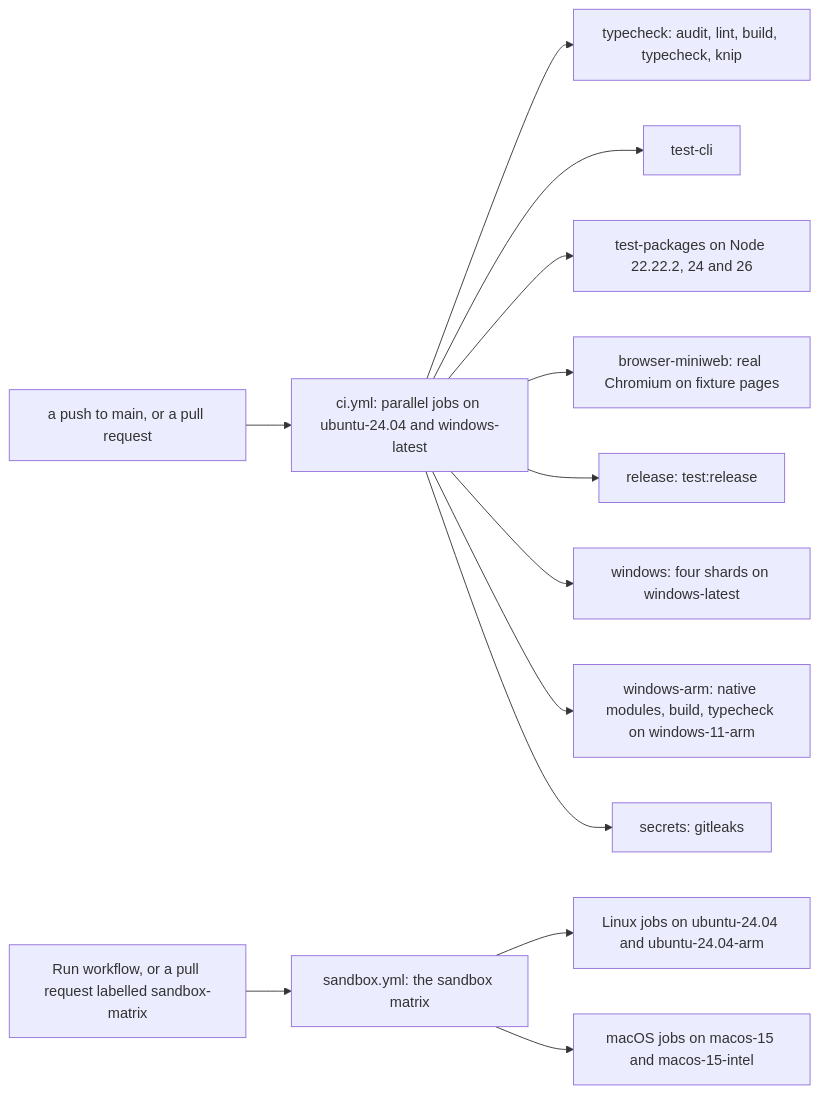
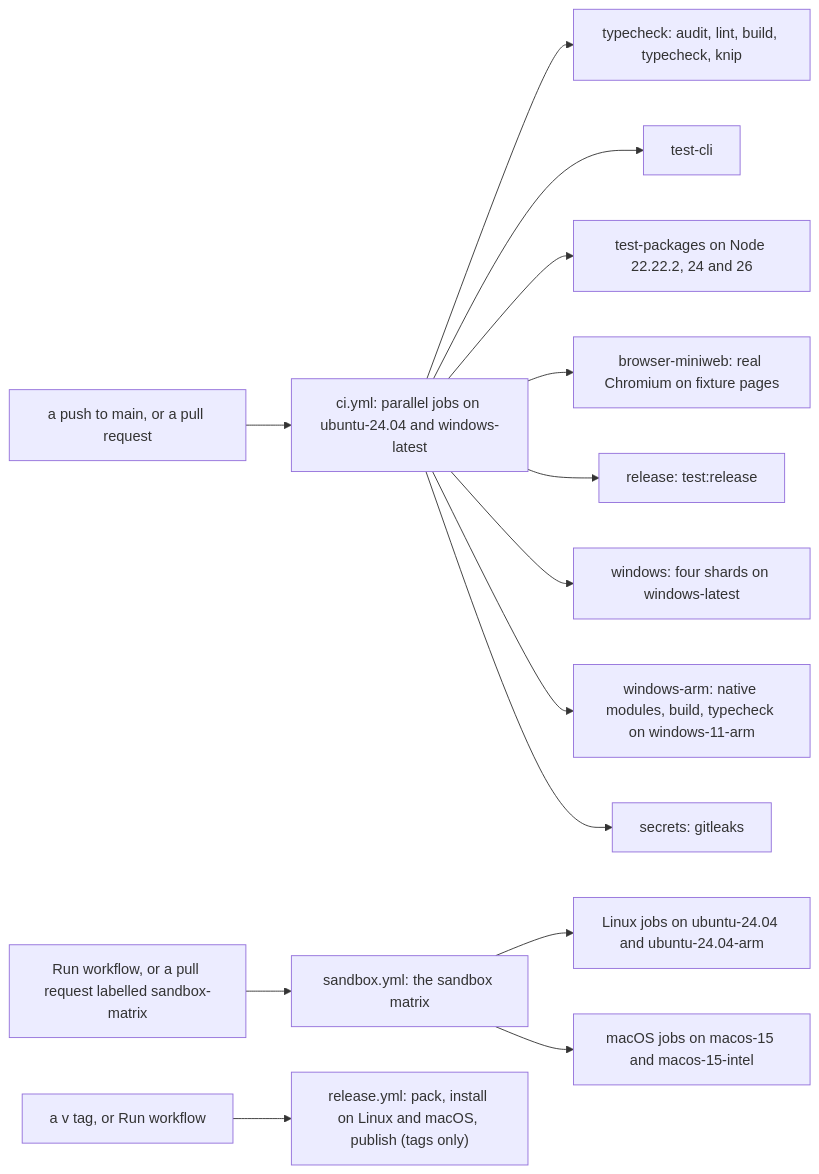
The diagram in docs/DEVELOPMENT.md (atanasster/tavi), drawn with Mermaid before and after one commit. The commit also changed other lines of this file and 8 other files, not shown here.

````diff
--- a/docs/DEVELOPMENT.md
+++ b/docs/DEVELOPMENT.md
@@ -480,15 +480,16 @@
 ```mermaid
 flowchart LR
   push["a push to main, or a pull request"] --> ci["ci.yml: parallel jobs on ubuntu-24.04 and windows-latest"]
   ci --> typecheck["typecheck: audit, lint, build, typecheck, knip"]
   ci --> cli["test-cli"]
   ci --> packages["test-packages on Node 22.22.2, 24 and 26"]
   ci --> miniweb["browser-miniweb: real Chromium on fixture pages"]
   ci --> release["release: test:release"]
   ci --> windows["windows: four shards on windows-latest"]
   ci --> windowsArm["windows-arm: native modules, build, typecheck on windows-11-arm"]
   ci --> secrets["secrets: gitleaks"]
   demand["Run workflow, or a pull request labelled sandbox-matrix"] --> matrix["sandbox.yml: the sandbox matrix"]
   matrix --> linux["Linux jobs on ubuntu-24.04 and ubuntu-24.04-arm"]
   matrix --> mac["macOS jobs on macos-15 and macos-15-intel"]
+  tag["a v<version> tag, or Run workflow"] --> release_yml["release.yml: pack, install on Linux and macOS, publish (tags only)"]
 ```
````
